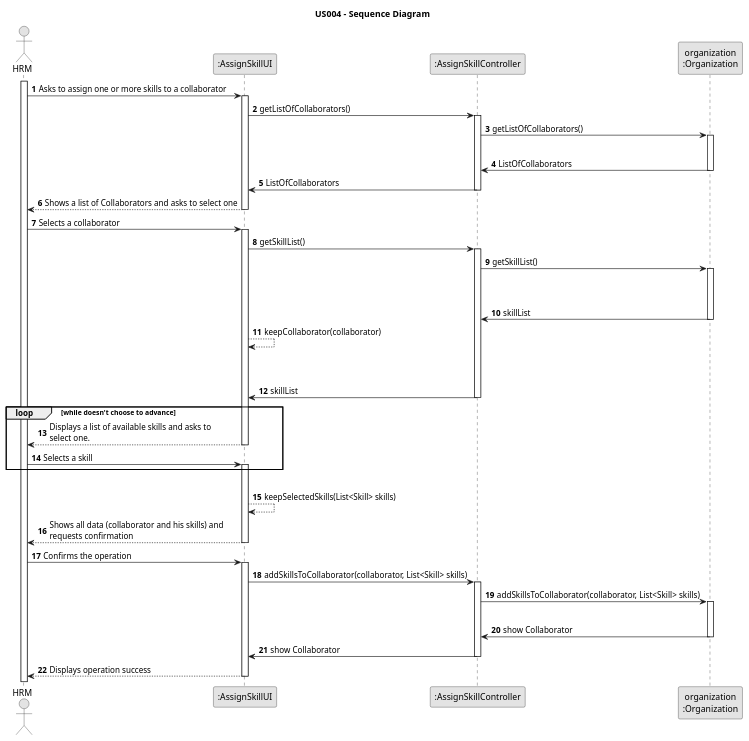
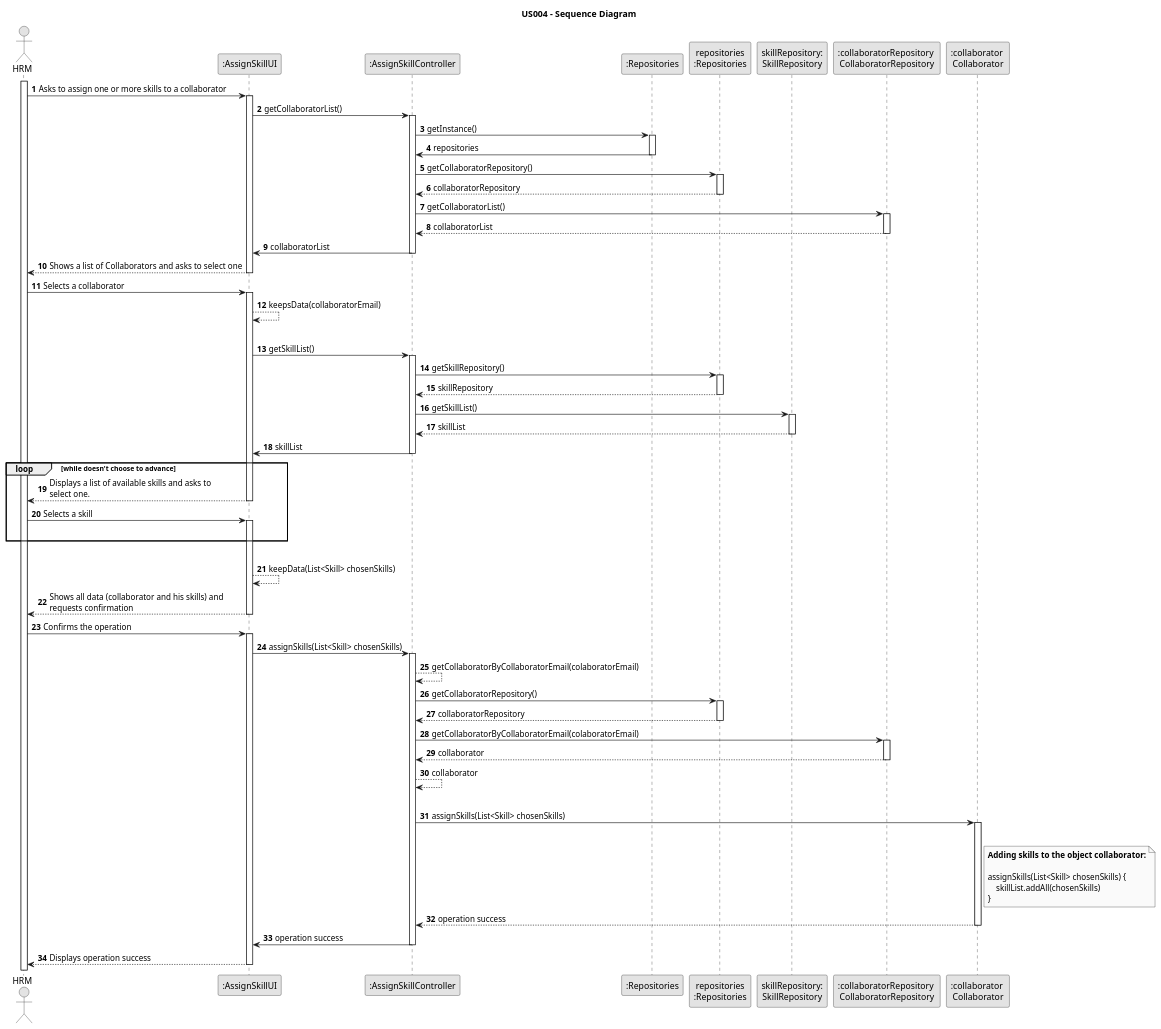
One commit to Rui-San/LAPR2_2023_2024 changed the diagram in docs/sprintB/us004/03.design/puml/us004-sequence-diagram.puml. Above: the diagram before and after it, drawn with PlantUML. The commit also changed 2 other files, not shown here.

Commit message:
US004 Sequence Diagram:
Updated the SD and made some corrections. in repositories and removed class Organization as we reallized was not correct.

Added new svg aswell

```diff
--- a/docs/sprintB/us004/03.design/puml/us004-sequence-diagram.puml
+++ b/docs/sprintB/us004/03.design/puml/us004-sequence-diagram.puml
@@ -1,97 +1,151 @@
 @startuml
 skinparam monochrome true
 skinparam packageStyle rectangle
 skinparam shadowing false
 
 title US004 - Sequence Diagram
 
 autonumber
 
 actor "HRM" as HRM
 participant ":AssignSkillUI" as UI
 participant ":AssignSkillController" as CTRL
-participant "organization\n:Organization" as ORG
-
+participant ":Repositories" as RepositorySingleton
+participant "repositories\n:Repositories" as rep
+participant "skillRepository:\nSkillRepository" as SkillRepository
+participant ":collaboratorRepository \nCollaboratorRepository" as COLREP
+participant ":collaborator \nCollaborator" as COL
 
 activate HRM
 
     HRM -> UI : Asks to assign one or more skills to a collaborator
 
     activate UI
 
-        UI -> CTRL : getListOfCollaborators()
+        UI -> CTRL : getCollaboratorList()
 
         activate CTRL
 
-            CTRL -> ORG : getListOfCollaborators()
-            |||
-            activate ORG
+            CTRL -> RepositorySingleton : getInstance()
 
-                ORG -> CTRL : ListOfCollaborators
-            deactivate ORG
-            CTRL -> UI : ListOfCollaborators
+            activate RepositorySingleton
+
+                RepositorySingleton -> CTRL : repositories
+            deactivate RepositorySingleton
+
+            CTRL -> rep : getCollaboratorRepository()
+            activate rep
+
+                rep --> CTRL : collaboratorRepository
+            deactivate rep
+            CTRL -> COLREP : getCollaboratorList()
+
+            activate COLREP
+
+            COLREP --> CTRL : collaboratorList
+            deactivate COLREP
+
+
+            CTRL -> UI : collaboratorList
         deactivate CTRL
         UI --> HRM : Shows a list of Collaborators and asks to select one
+
     deactivate UI
 
     HRM -> UI : Selects a collaborator
+    activate UI
 
-    activate UI
+
+    UI --> UI : keepsData(collaboratorEmail)
+
+    |||
 
         UI -> CTRL : getSkillList()
 
         activate CTRL
 
-            CTRL -> ORG : getSkillList()
-            |||
-            |||
 
-            activate ORG
+            CTRL -> rep : getSkillRepository()
 
-                ORG -> CTRL : skillList
+            activate rep
 
-            deactivate ORG
+                rep --> CTRL : skillRepository
+            deactivate rep
 
-            UI --> UI : keepCollaborator(collaborator)
-            |||
-            |||
+            CTRL -> SkillRepository : getSkillList()
+
+            activate SkillRepository
+
+                SkillRepository --> CTRL : skillList
+            deactivate SkillRepository
 
             CTRL -> UI : skillList
         deactivate CTRL
 
         loop while doesn't choose to advance
 
             UI --> HRM : Displays a list of available skills and asks to \nselect one.
     deactivate UI
 
         HRM -> UI : Selects a skill
+        |||
 
     activate UI
 
         end
         |||
-        UI --> UI : keepSelectedSkills(List<Skill> skills)
+        UI --> UI : keepData(List<Skill> chosenSkills)
 
         UI --> HRM : Shows all data (collaborator and his skills) and \nrequests confirmation
     deactivate UI
 
     HRM -> UI : Confirms the operation
     activate UI
 
-        UI -> CTRL : addSkillsToCollaborator(collaborator, List<Skill> skills)
+
+        UI -> CTRL : assignSkills(List<Skill> chosenSkills)
 
         activate CTRL
 
-            CTRL -> ORG : addSkillsToCollaborator(collaborator, List<Skill> skills)
+            CTRL --> CTRL : getCollaboratorByCollaboratorEmail(colaboratorEmail)
+
+
+            CTRL -> rep : getCollaboratorRepository()
+
+            activate rep
+
+                rep --> CTRL : collaboratorRepository
+            deactivate rep
+
+            CTRL -> COLREP : getCollaboratorByCollaboratorEmail(colaboratorEmail)
+            activate COLREP
+
+                COLREP --> CTRL : collaborator
+            deactivate COLREP
+
+            CTRL --> CTRL : collaborator
             |||
-            activate ORG
 
-                ORG ->CTRL : show Collaborator
-            deactivate ORG
-            CTRL -> UI : show Collaborator
+            CTRL -> COL : assignSkills(List<Skill> chosenSkills)
+            |||
+            activate COL
+
+            Note right of COL
+                <font color=black><b>Adding skills to the object collaborator:
+
+                assignSkills(List<Skill> chosenSkills) {
+                    skillList.addAll(chosenSkills)
+                }
+            end note
+                COL -->CTRL : operation success
+
+
+
+            deactivate COL
+            CTRL -> UI : operation success
         deactivate CTRL
 
         UI --> HRM : Displays operation success
     deactivate UI
 
 @enduml
```
